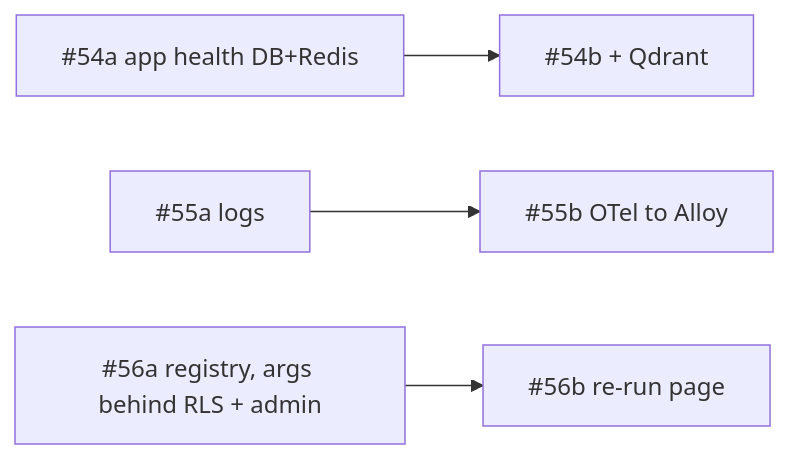
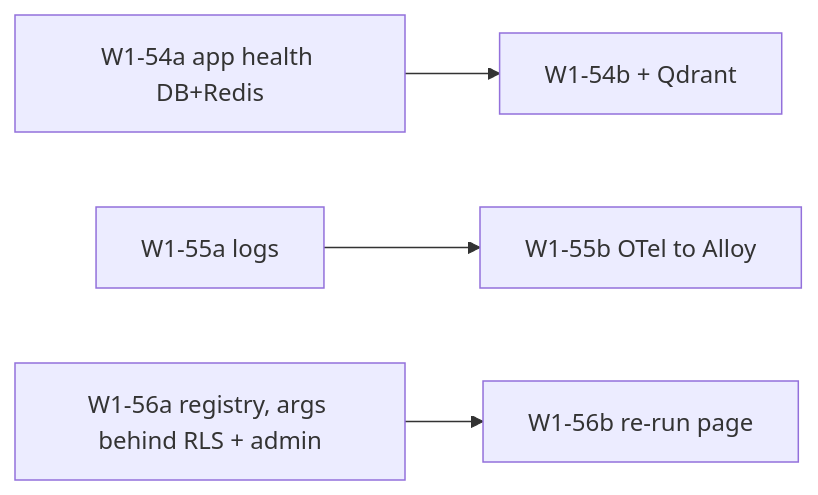
The eighth of 9 diagrams in docs/design/wave1-mvp/dag.md (Stihotvor/law_by_ai), drawn with Mermaid before and after one commit. The commit also changed other lines of this file and 15 other files, not shown here.

````diff
--- a/docs/design/wave1-mvp/dag.md
+++ b/docs/design/wave1-mvp/dag.md
@@ -224,6 +224,6 @@
 ```mermaid
 graph LR
-  Hc[#54a app health DB+Redis] --> Hq[#54b + Qdrant]
-  Lg[#55a logs] --> Ot[#55b OTel to Alloy]
-  Fr[#56a registry, args behind RLS + admin] --> Rr[#56b re-run page]
+  Hc[W1-54a app health DB+Redis] --> Hq[W1-54b + Qdrant]
+  Lg[W1-55a logs] --> Ot[W1-55b OTel to Alloy]
+  Fr[W1-56a registry, args behind RLS + admin] --> Rr[W1-56b re-run page]
 ```
````
